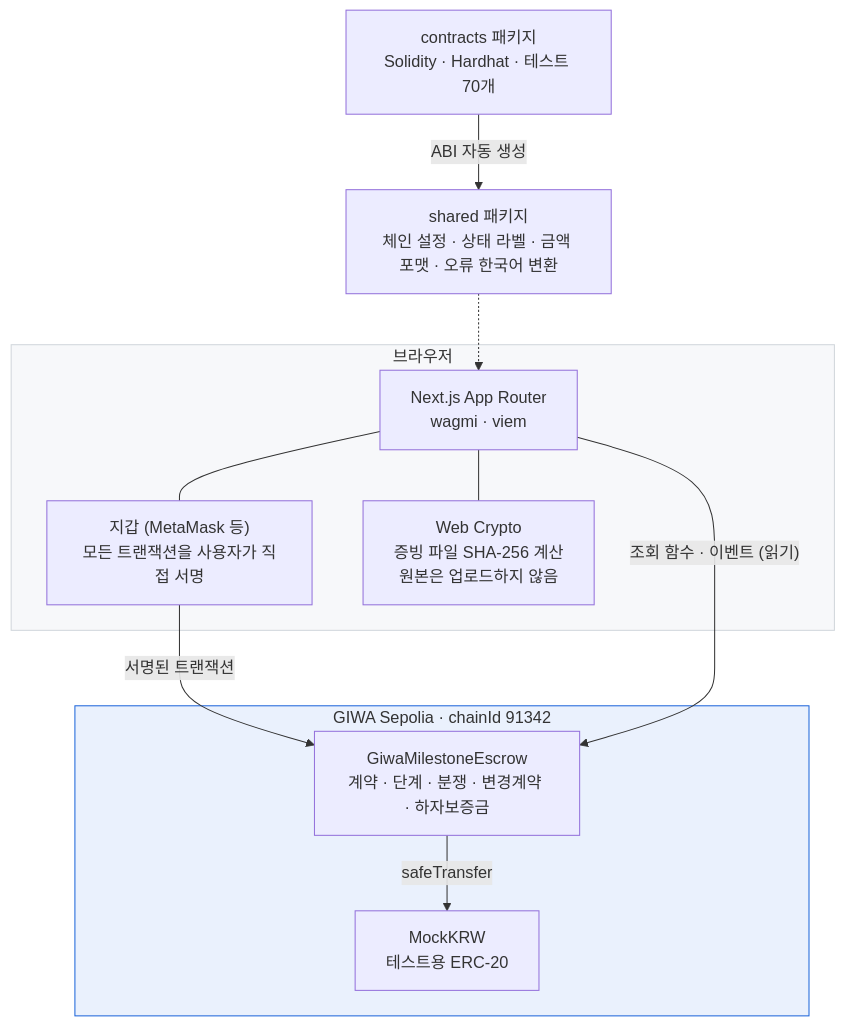
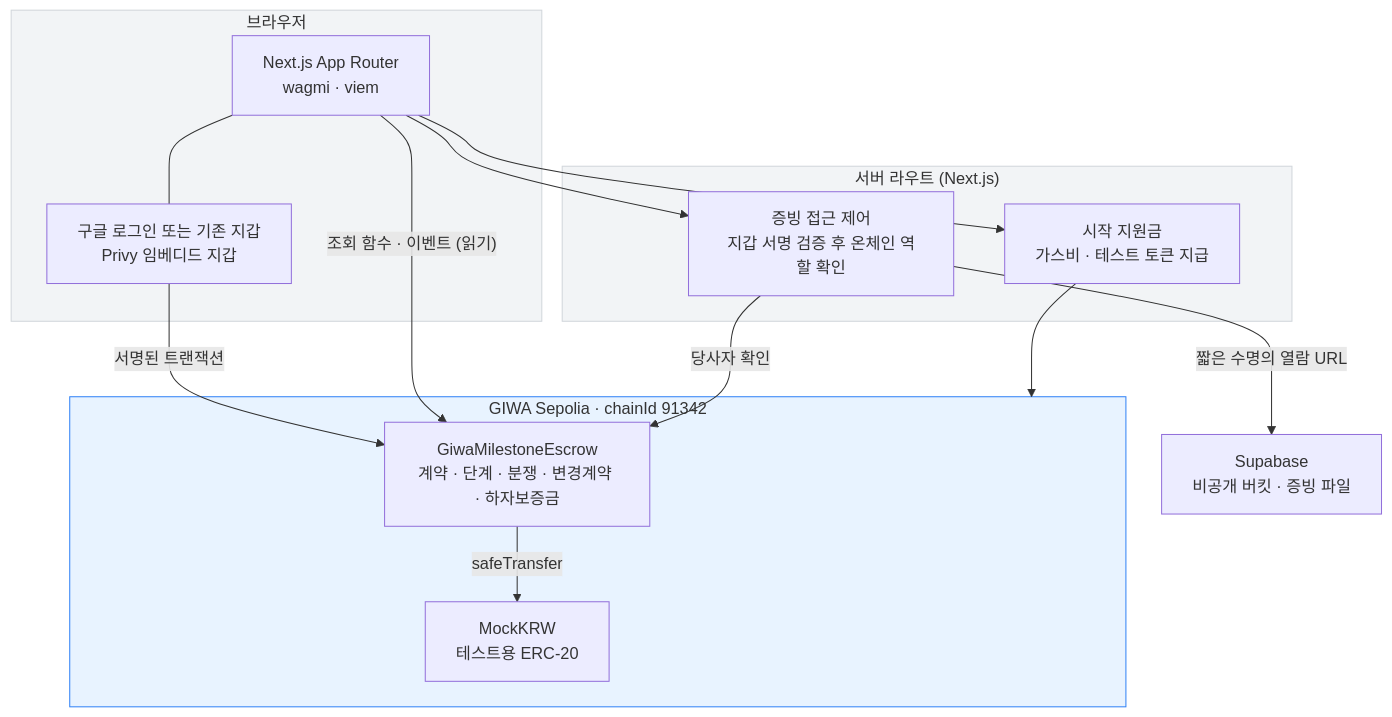
The diagram in README.md (Wheninneed/giwa-trust-escrow), drawn with Mermaid before and after one commit. The commit also changed other lines of this file, not shown here.

````diff
--- a/README.md
+++ b/README.md
@@ -57,27 +74,33 @@
 ```mermaid
 flowchart TB
     subgraph browser["브라우저"]
-        wallet["지갑 (MetaMask 등)<br/>모든 트랜잭션을 사용자가 직접 서명"]
+        login["구글 로그인 또는 기존 지갑<br/>Privy 임베디드 지갑"]
         web["Next.js App Router<br/>wagmi · viem"]
-        crypto["Web Crypto<br/>증빙 파일 SHA-256 계산<br/>원본은 업로드하지 않음"]
-        web --- crypto
-        web --- wallet
+        web --- login
+    end
+
+    subgraph server["서버 라우트 (Next.js)"]
+        access["증빙 접근 제어<br/>지갑 서명 검증 후 온체인 역할 확인"]
+        starter["시작 지원금<br/>가스비 · 테스트 토큰 지급"]
     end
 
     subgraph chain["GIWA Sepolia · chainId 91342"]
         escrow["GiwaMilestoneEscrow<br/>계약 · 단계 · 분쟁 · 변경계약 · 하자보증금"]
         token["MockKRW<br/>테스트용 ERC-20"]
         escrow -- "safeTransfer" --> token
     end
 
-    shared["shared 패키지<br/>체인 설정 · 상태 라벨 · 금액 포맷 · 오류 한국어 변환"]
-    contracts["contracts 패키지<br/>Solidity · Hardhat · 테스트 70개"]
+    store["Supabase<br/>비공개 버킷 · 증빙 파일"]
 
-    wallet -- "서명된 트랜잭션" --> escrow
+    login -- "서명된 트랜잭션" --> escrow
     web -- "조회 함수 · 이벤트 (읽기)" --> escrow
-    shared -.-> web
-    contracts -- "ABI 자동 생성" --> shared
+    web --> access
+    web --> starter
+    access -- "당사자 확인" --> escrow
+    access -- "짧은 수명의 열람 URL" --> store
+    starter --> chain
 
-    style chain fill:#eaf1fd,stroke:#1b64da
-    style browser fill:#f7f8fa,stroke:#d1d6db
+    style chain fill:#e8f3ff,stroke:#3182f6
+    style browser fill:#f2f4f6,stroke:#d1d6db
+    style server fill:#f2f4f6,stroke:#d1d6db
 ```
````
